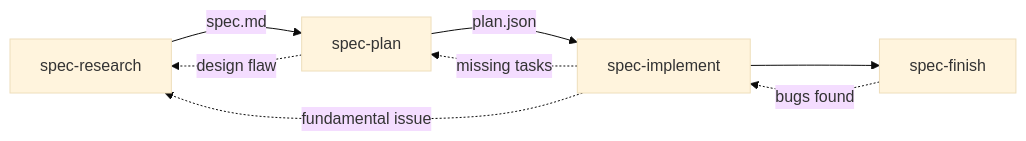
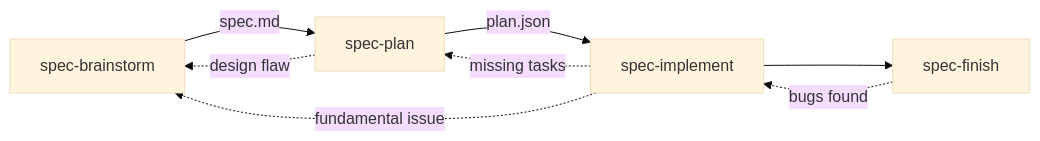
The diagram in README.md (martinffx/atelier), drawn with Mermaid (base theme) before and after one commit. The commit also changed other lines of this file and 21 other files, not shown here.

````diff
--- a/README.md
+++ b/README.md
@@ -84,11 +227,11 @@
 ```mermaid
 graph LR
-    A[spec-research] -->|spec.md| B[spec-plan]
+    A[spec-brainstorm] -->|spec.md| B[spec-plan]
     B -->|plan.json| C[spec-implement]
     C --> D[spec-finish]
     
     B -.->|design flaw| A
     C -.->|missing tasks| B
     C -.->|fundamental issue| A
     D -.->|bugs found| C
 ```
````
